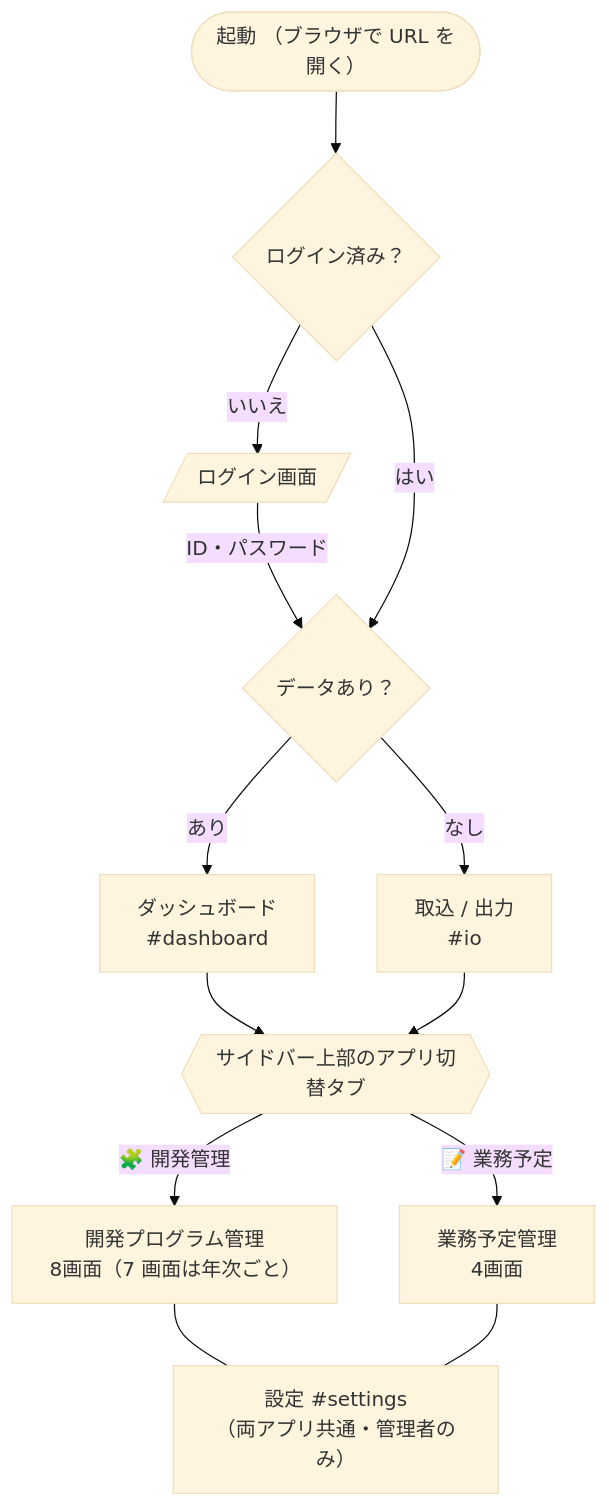
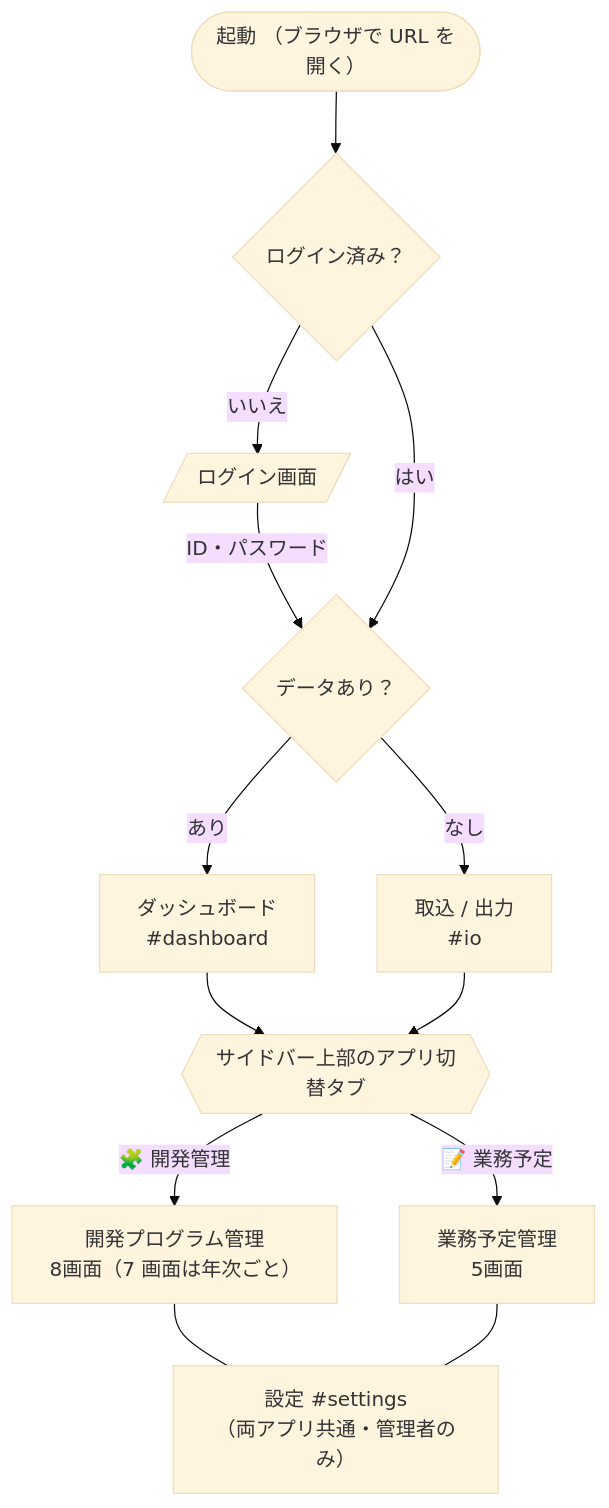
One commit to okSJ28/management-tool changed the first of 7 diagrams in docs/画面遷移図.md. Above: the diagram before and after it, drawn with Mermaid (base theme). The commit also changed other lines of this file and 5 other files, not shown here.

````diff
--- a/docs/画面遷移図.md
+++ b/docs/画面遷移図.md
@@ -52,18 +53,18 @@
 ```mermaid
 flowchart TB
     START(["起動 （ブラウザで URL を開く）"]) --> AUTH{"ログイン済み？"}
     AUTH -- "いいえ" --> LOGIN[/"ログイン画面"/]
     LOGIN -- "ID・パスワード" --> BOOT
     AUTH -- "はい" --> BOOT{"データあり？"}
     BOOT -- "あり" --> DASH["ダッシュボード<br/>#dashboard"]
     BOOT -- "なし" --> IO["取込 / 出力<br/>#io"]
 
     DASH --> TAB
     IO --> TAB
     TAB{{"サイドバー上部のアプリ切替タブ"}}
     TAB -- "🧩 開発管理" --> DEVAPP["開発プログラム管理<br/>8画面（7 画面は年次ごと）"]
-    TAB -- "📝 業務予定" --> PLANAPP["業務予定管理<br/>4画面"]
+    TAB -- "📝 業務予定" --> PLANAPP["業務予定管理<br/>5画面"]
 
     DEVAPP --- SET["設定 #settings<br/>（両アプリ共通・管理者のみ）"]
     PLANAPP --- SET
 ```
````
